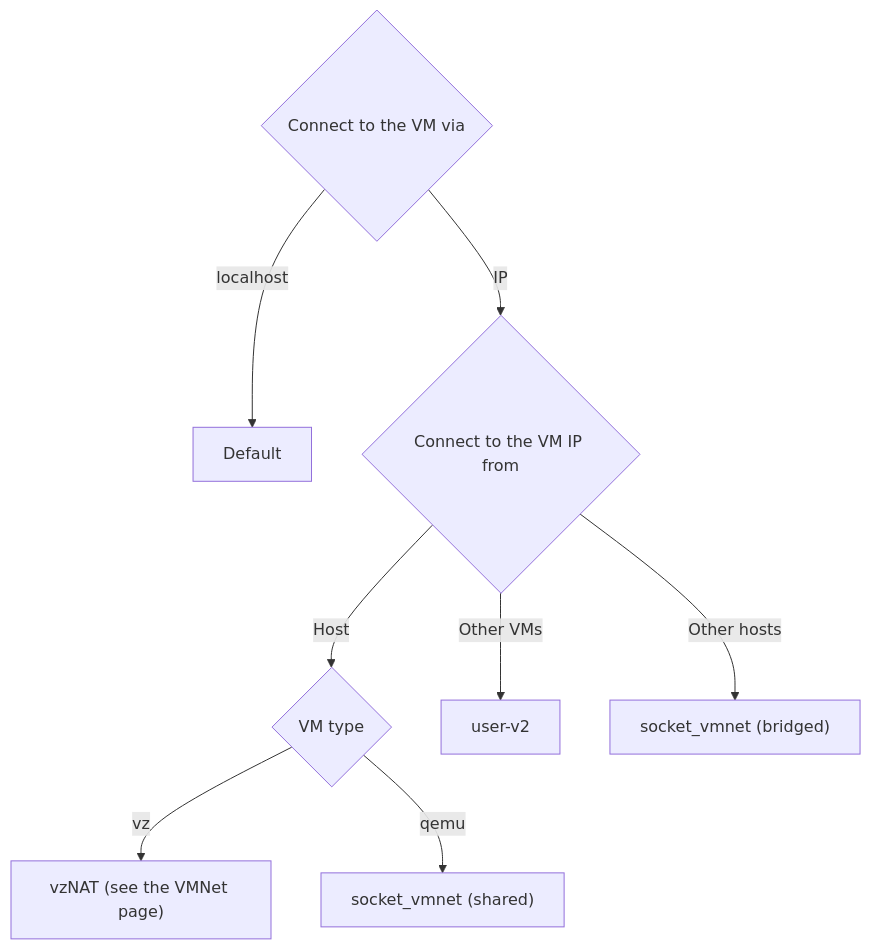
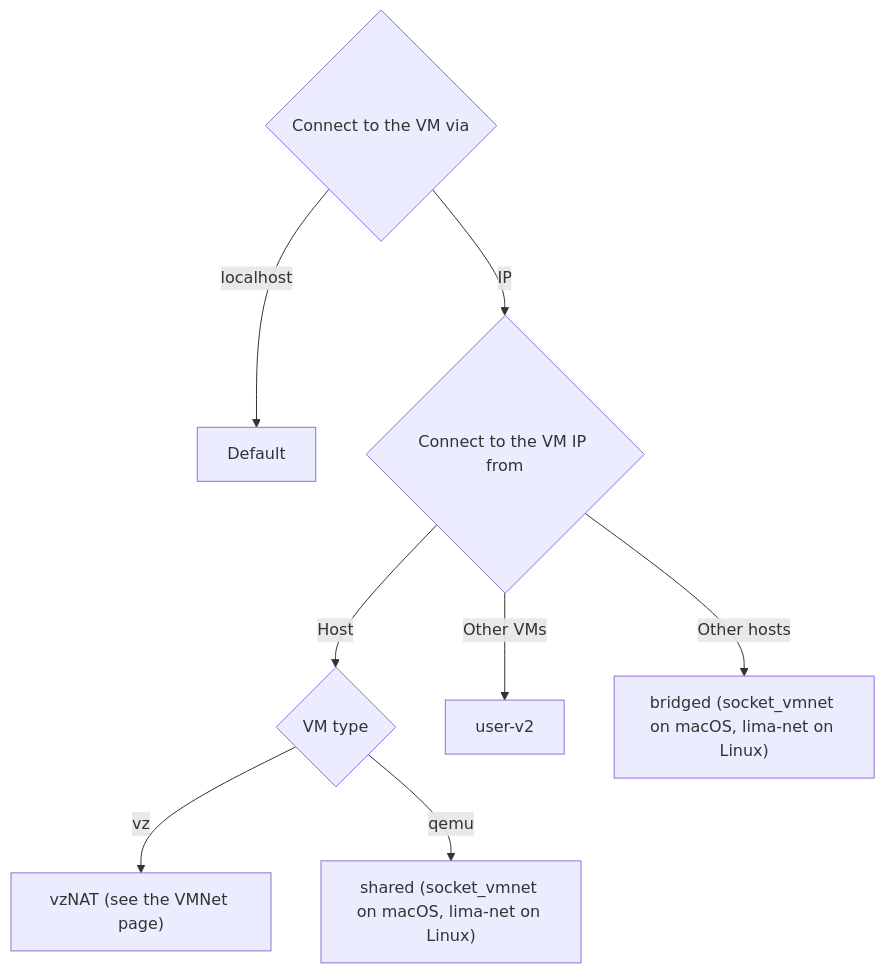
Before and after one commit to lima-vm/lima: the diagram in website/content/en/docs/config/network/_index.md, drawn with Mermaid. The commit also changed 2 other files, not shown here.

Commit message:
docs: document the shared/host/bridged networks on Linux hosts

````diff
--- a/website/content/en/docs/config/network/_index.md
+++ b/website/content/en/docs/config/network/_index.md
@@ -7,10 +7,10 @@
 ```mermaid
 flowchart
 connect_to_vm_via{"Connect to the VM via"} -- "localhost" --> default["Default"]
   connect_to_vm_via -- "IP" --> connect_from{"Connect to the VM IP from"}
   connect_from -- "Host" --> vm{"VM type"}
   vm -- "vz" --> vzNAT["vzNAT (see the VMNet page)"]
-  vm -- "qemu" --> shared["socket_vmnet (shared)"]
+  vm -- "qemu" --> shared["shared (socket_vmnet on macOS, lima-net on Linux)"]
   connect_from -- "Other VMs" --> userV2["user-v2"]
-  connect_from -- "Other hosts" --> bridged["socket_vmnet (bridged)"]
+  connect_from -- "Other hosts" --> bridged["bridged (socket_vmnet on macOS, lima-net on Linux)"]
 ```
````
